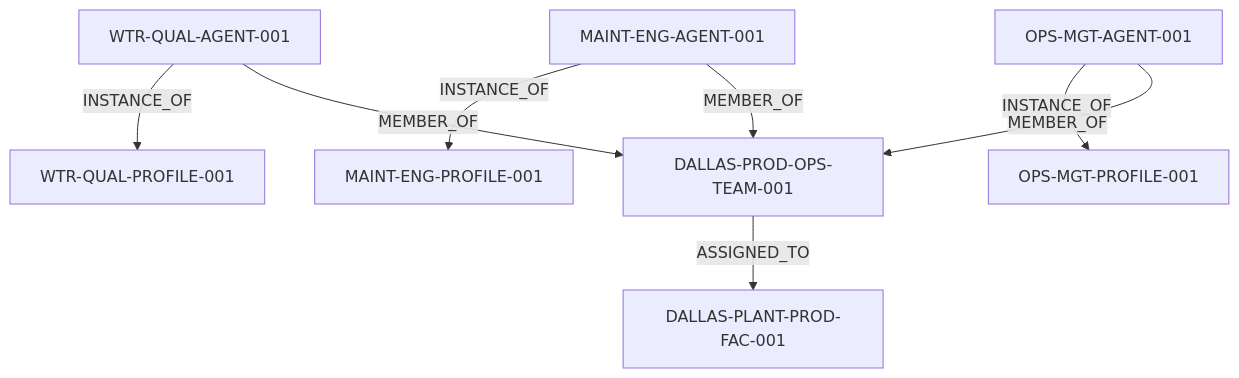
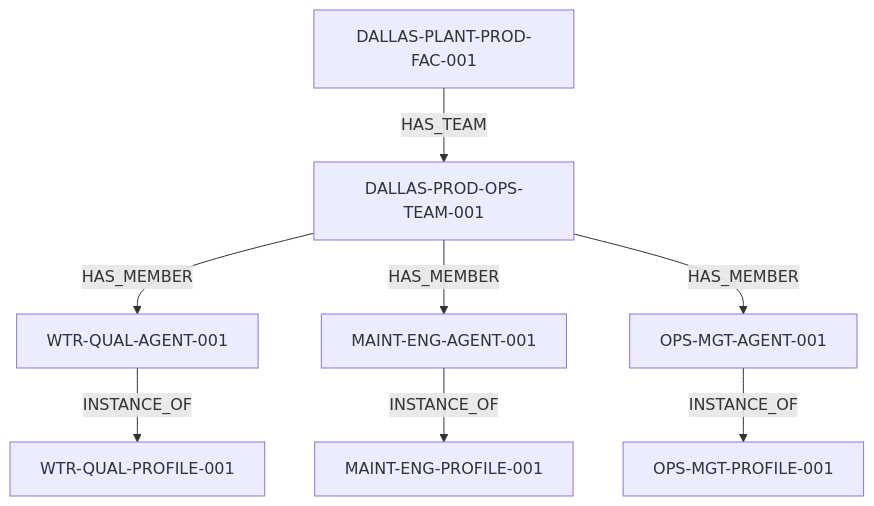
Before and after one commit to XMPro/Multi-Agent: the first of 7 diagrams in docs/architecture/README.md, drawn with Mermaid.

````diff
--- a/docs/architecture/README.md
+++ b/docs/architecture/README.md
@@ -35,10 +35,10 @@
 ```mermaid
 graph TD
-    A[WTR-QUAL-AGENT-001] -->|INSTANCE_OF| B[WTR-QUAL-PROFILE-001]
-    C[MAINT-ENG-AGENT-001] -->|INSTANCE_OF| D[MAINT-ENG-PROFILE-001]
-    E[OPS-MGT-AGENT-001] -->|INSTANCE_OF| F[OPS-MGT-PROFILE-001]
-    A -->|MEMBER_OF| G[DALLAS-PROD-OPS-TEAM-001]
-    C -->|MEMBER_OF| G
-    E -->|MEMBER_OF| G
-    G -->|ASSIGNED_TO| H[DALLAS-PLANT-PROD-FAC-001]
+    H[DALLAS-PLANT-PROD-FAC-001] -->|HAS_TEAM| G[DALLAS-PROD-OPS-TEAM-001]
+    G -->|HAS_MEMBER| A[WTR-QUAL-AGENT-001]
+    G -->|HAS_MEMBER| C[MAINT-ENG-AGENT-001]
+    G -->|HAS_MEMBER| E[OPS-MGT-AGENT-001]
+    A -->|INSTANCE_OF| B[WTR-QUAL-PROFILE-001]
+    C -->|INSTANCE_OF| D[MAINT-ENG-PROFILE-001]
+    E -->|INSTANCE_OF| F[OPS-MGT-PROFILE-001]
 ```
````
